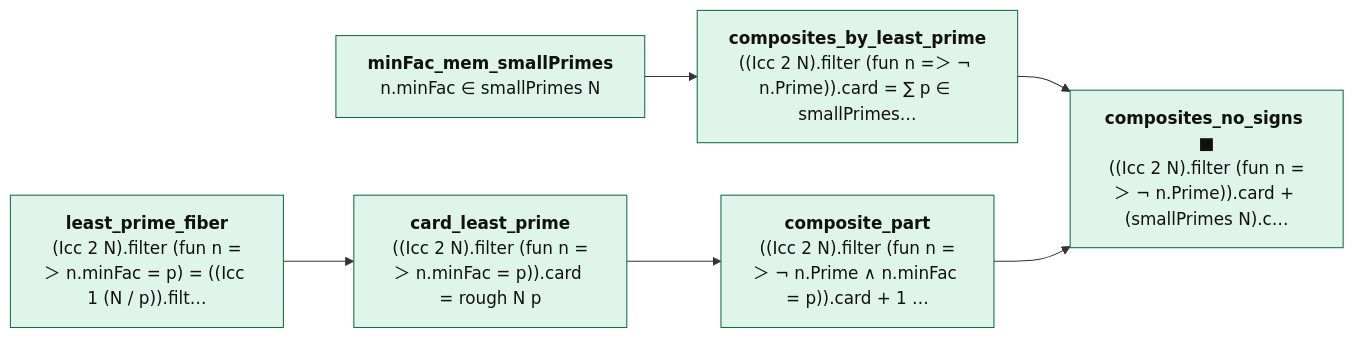
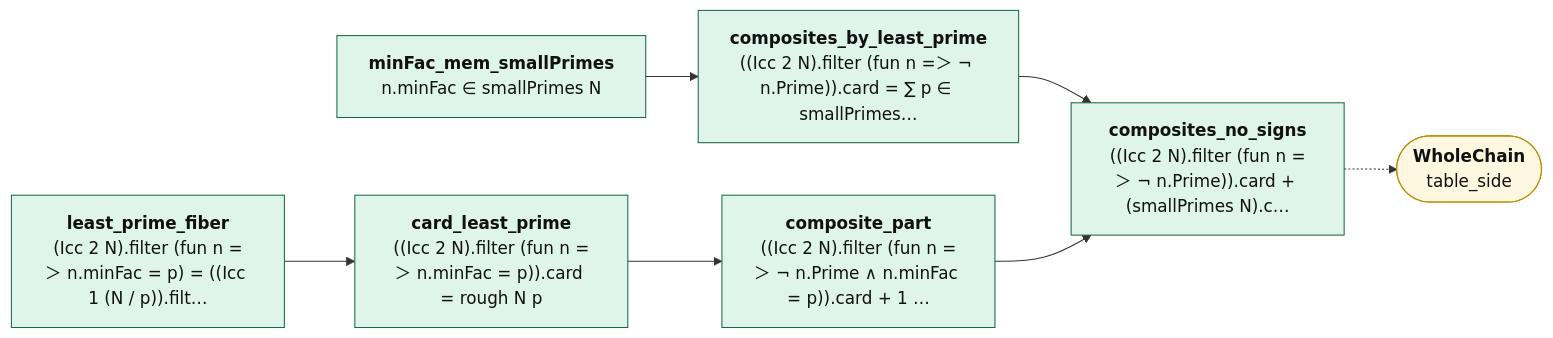
The diagram in map/lean_stage3/CompositeSplit.md (juliansambranojr/Primebeat_081426), drawn with Mermaid before and after one commit. The commit also changed other lines of this file and 57 other files, not shown here.

````diff
--- a/map/lean_stage3/CompositeSplit.md
+++ b/map/lean_stage3/CompositeSplit.md
@@ -14,22 +14,24 @@
 ```mermaid
 flowchart LR
   n0["<b>least_prime_fiber</b><br/>(Icc 2 N).filter (fun n =＞ n.minFac = p) = ((Icc 1 (N / p)).filt…"]:::cnt
   n1["<b>card_least_prime</b><br/>((Icc 2 N).filter (fun n =＞ n.minFac = p)).card = rough N p"]:::cnt
   n2["<b>minFac_mem_smallPrimes</b><br/>n.minFac ∈ smallPrimes N"]:::cnt
   n3["<b>composites_by_least_prime</b><br/>((Icc 2 N).filter (fun n =＞ ¬ n.Prime)).card = ∑ p ∈ smallPrimes…"]:::cnt
   n4["<b>composite_part</b><br/>((Icc 2 N).filter (fun n =＞ ¬ n.Prime ∧ n.minFac = p)).card + 1 …"]:::cnt
-  n5["<b>composites_no_signs ■</b><br/>((Icc 2 N).filter (fun n =＞ ¬ n.Prime)).card + (smallPrimes N).c…"]:::cnt
+  n5["<b>composites_no_signs</b><br/>((Icc 2 N).filter (fun n =＞ ¬ n.Prime)).card + (smallPrimes N).c…"]:::cnt
+  x0(["<b>WholeChain</b><br/>table_side"]):::ext
   n0 --> n1
   n1 --> n4
   n2 --> n3
   n3 --> n5
   n4 --> n5
+  n5 -.-> x0
   classDef cnt fill:#dff5ec,stroke:#17694a,color:#111
   classDef shp fill:#f1ecfb,stroke:#5b3fa0,color:#111
   classDef rh fill:#ffe5e5,stroke:#c22,color:#111,stroke-width:2px
   classDef thm fill:#eef4ff,stroke:#335,color:#111
   classDef end_ fill:#e7f7e7,stroke:#2a7,color:#111,stroke-width:2px
   classDef lone fill:#fff,stroke:#999,color:#111,stroke-dasharray:4 3
   classDef bad fill:#ffe5e5,stroke:#c22,color:#111,stroke-width:2px
   classDef ext fill:#fff8e1,stroke:#b80,color:#111
 ```
````
